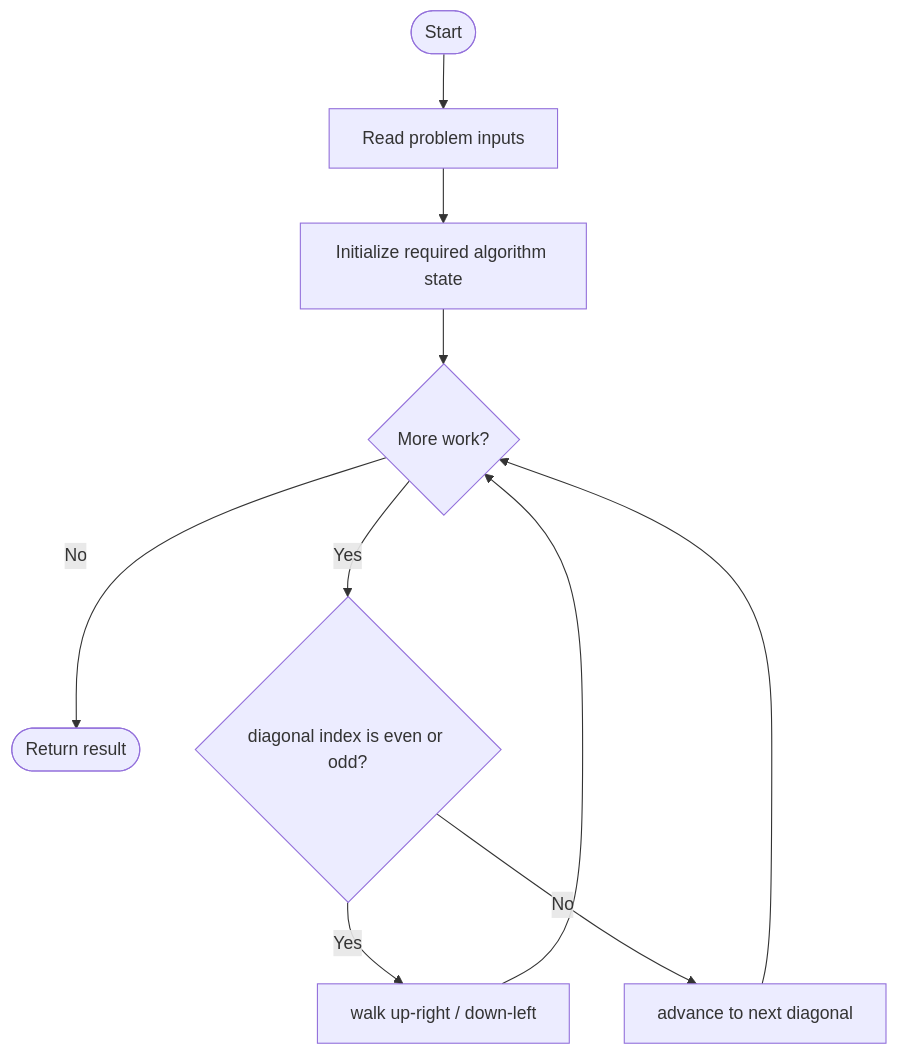
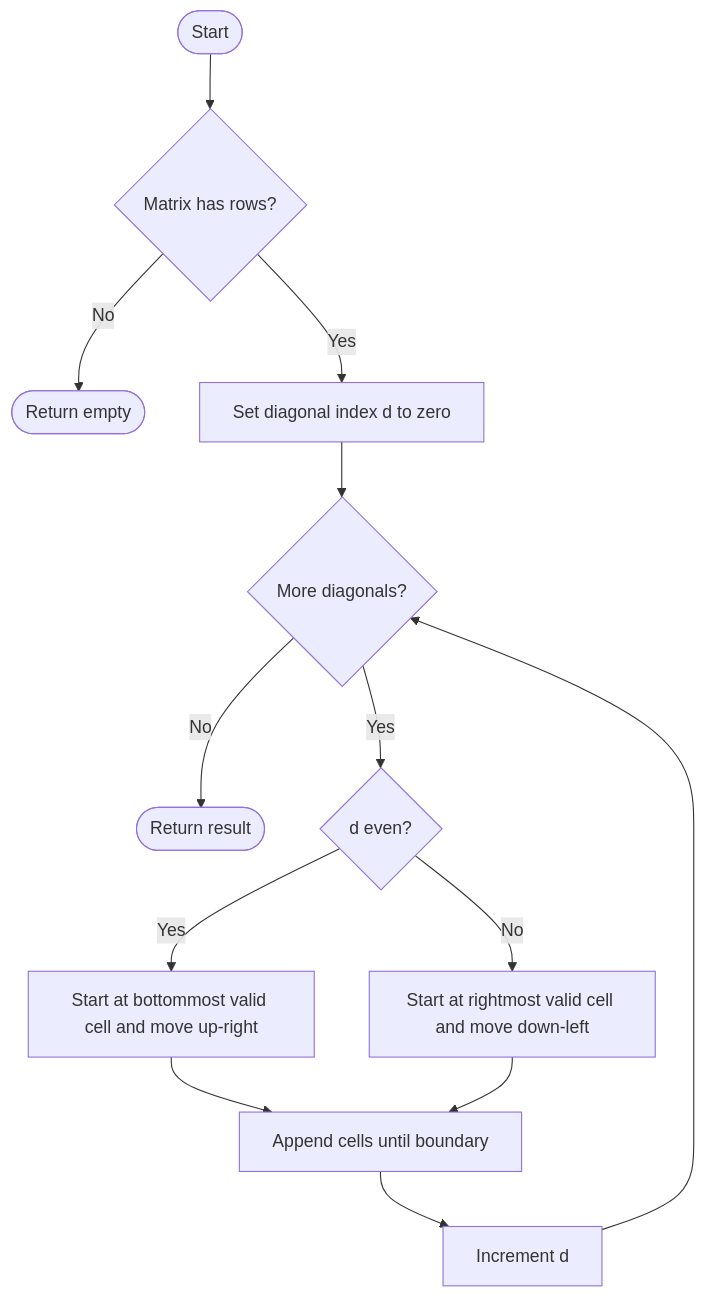
One commit to SAIDEEPBHANGE/C-CPP-Codes changed the diagram in LeetCode/498/README.md. Above: the diagram before and after it, drawn with Mermaid. The commit also changed other lines of this file and 196 other files, not shown here.

````diff
--- a/LeetCode/498/README.md
+++ b/LeetCode/498/README.md
@@ -13,12 +36,15 @@
 ```mermaid
 flowchart TD
-    A([Start]) --> B[Read problem inputs]
-    B --> C[Initialize required algorithm state]
-    C --> D{More work?}
-    D -- No --> Z([Return result])
-    D -- Yes --> E{diagonal index is even or odd?}
-    E -- Yes --> F[walk up-right / down-left]
-    E -- No --> G[advance to next diagonal]
-    F --> D
-    G --> D
+    A([Start]) --> B{Matrix has rows?}
+    B -- No --> Z([Return empty])
+    B -- Yes --> C[Set diagonal index d to zero]
+    C --> D{More diagonals?}
+    D -- No --> R([Return result])
+    D -- Yes --> E{d even?}
+    E -- Yes --> F[Start at bottommost valid cell and move up-right]
+    E -- No --> G[Start at rightmost valid cell and move down-left]
+    F --> H[Append cells until boundary]
+    G --> H
+    H --> I[Increment d]
+    I --> D
 ```
````
